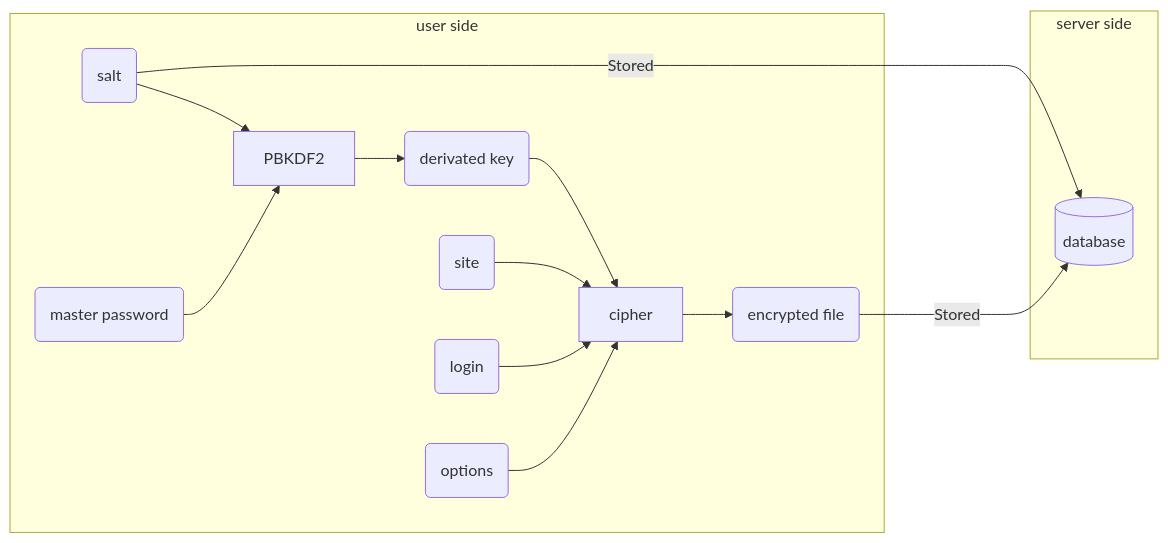
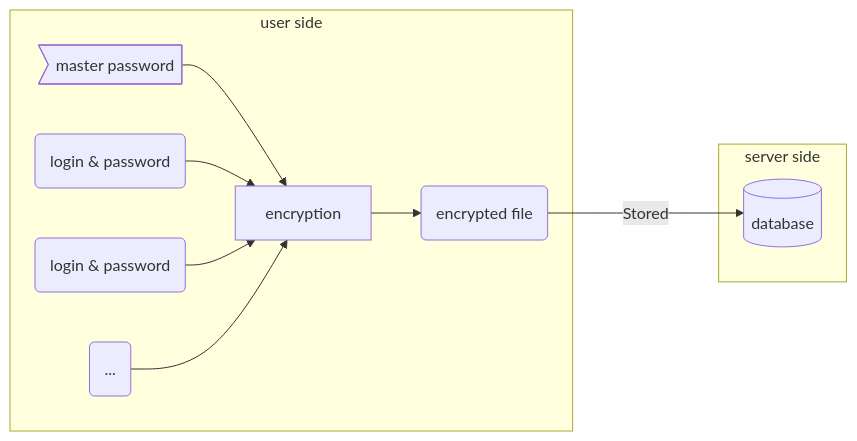
One commit to Relex12/Decentralized-Password-Manager changed the diagram in README.md. Above: the diagram before and after it, drawn with Mermaid. The commit also changed other lines of this file and 4 other files, not shown here.

Commit message:
Completing README up to Comparison, adding diagrams as images

````diff
--- a/README.md
+++ b/README.md
@@ -169,11 +233,12 @@
 ```mermaid
 graph LR
 subgraph server side
 db[(database)]
 end
 subgraph user side
-salt(salt) & passwd(master password) --> fct[PBKDF2] --> devkey(derivated key)
-devkey & site(site) & id(login) & opt(options) --> fct2[cipher] --> file(encrypted file)
+id1(login & password) & id2(login & password) & etc(...)
+key>master password] & id1 & id2 & etc --> encryption
+encryption --> cipher(encrypted file)
 end
-salt & file ---> |Stored| db
+cipher ---> |Stored| db
 ```
````
